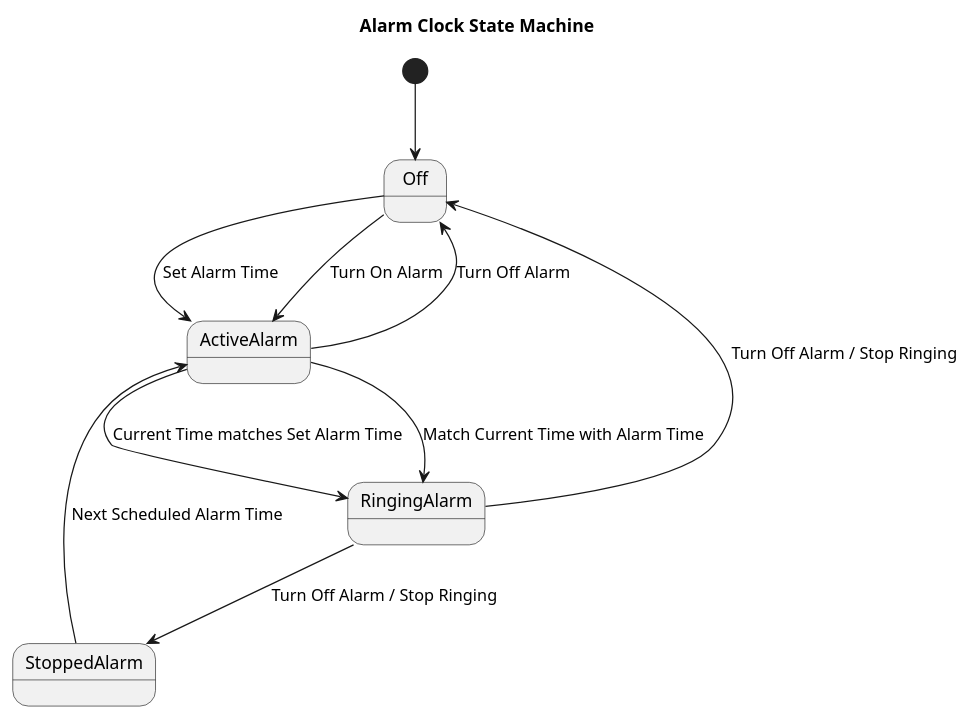
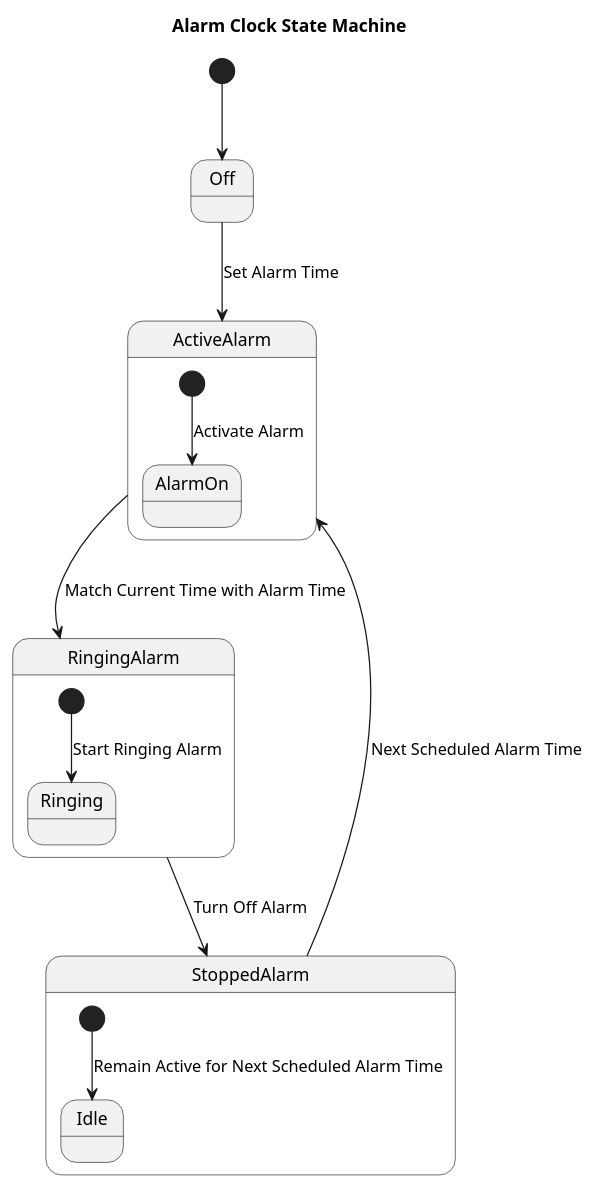
Before and after one commit to maimunafaria/State_transition_Diagram_generated_by_LLM: the diagram in results/plantuml_pipeline_run3/runs/open_source__mistral__rag/case_45_alarm_clock/run_01.puml, drawn with PlantUML. The commit also changed 155 other files, not shown here.

```diff
--- a/results/plantuml_pipeline_run3/runs/open_source__mistral__rag/case_45_alarm_clock/run_01.puml
+++ b/results/plantuml_pipeline_run3/runs/open_source__mistral__rag/case_45_alarm_clock/run_01.puml
@@ -1,22 +1,21 @@
 @startuml
 title Alarm Clock State Machine
 
 [*] --> Off
-
 Off --> ActiveAlarm : Set Alarm Time
 ActiveAlarm --> RingingAlarm : Match Current Time with Alarm Time
-RingingAlarm --> StoppedAlarm : Turn Off Alarm / Stop Ringing
+RingingAlarm --> StoppedAlarm : Turn Off Alarm
 StoppedAlarm --> ActiveAlarm : Next Scheduled Alarm Time
 
-state "Off" as Off
-state "ActiveAlarm" as ActiveAlarm
-state "RingingAlarm" as RingingAlarm
-state "StoppedAlarm" as StoppedAlarm
+state ActiveAlarm {
+    [*] --> AlarmOn : Activate Alarm
+}
 
-Off --> ActiveAlarm : Turn On Alarm
+state RingingAlarm {
+    [*] --> Ringing : Start Ringing Alarm
+}
 
-ActiveAlarm --> Off : Turn Off Alarm
-ActiveAlarm --> RingingAlarm : Current Time matches Set Alarm Time
-
-RingingAlarm --> Off : Turn Off Alarm / Stop Ringing
+state StoppedAlarm {
+    [*] --> Idle : Remain Active for Next Scheduled Alarm Time
+}
 @enduml
```
